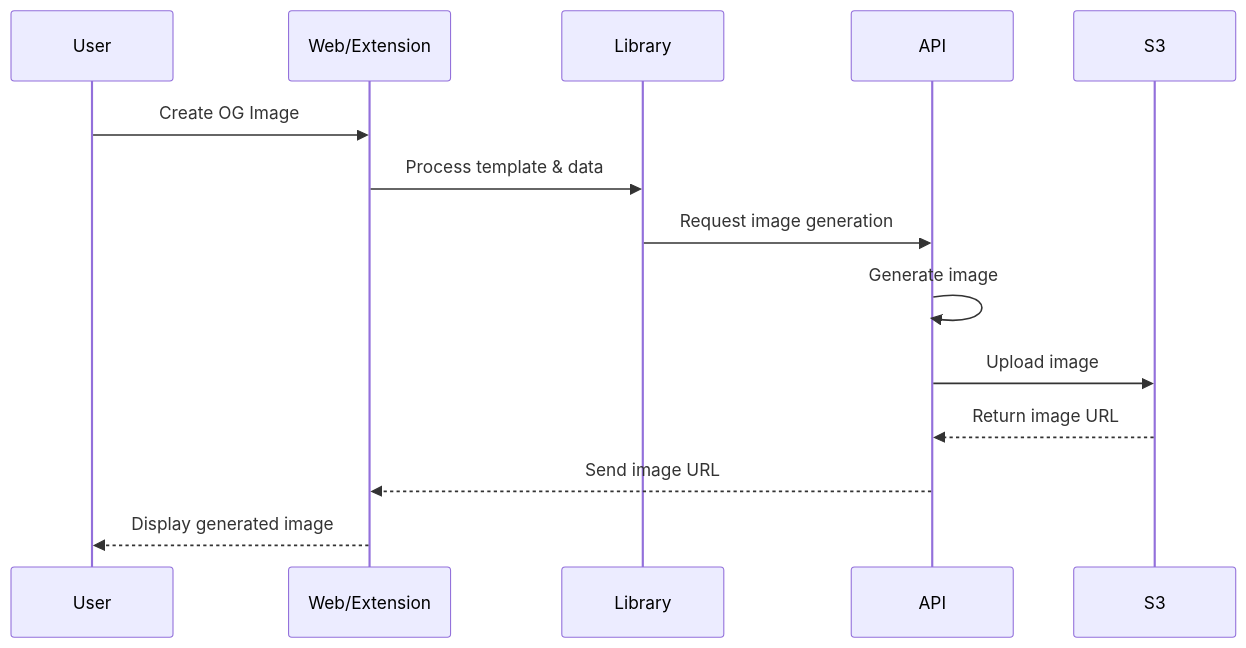
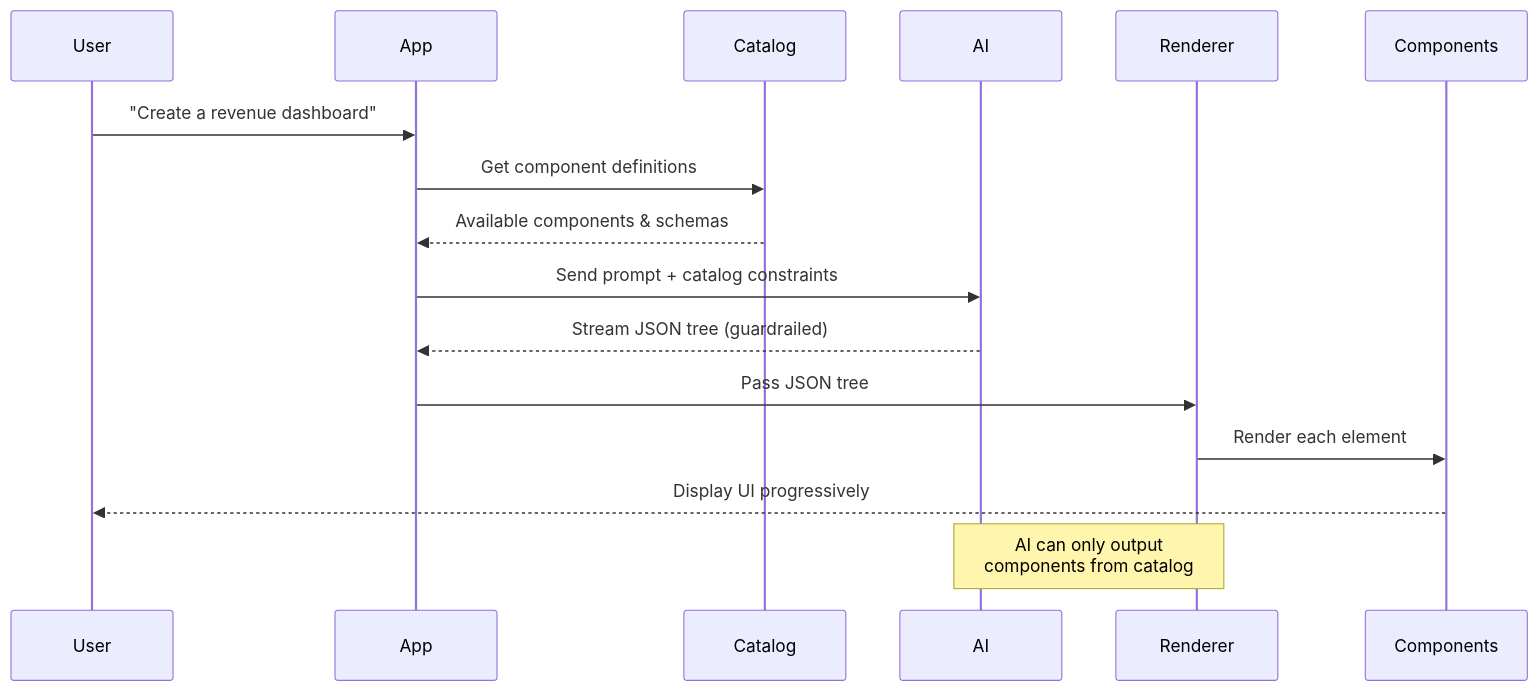
The second of 3 diagrams in docs/project-architecture.md (vignesh69420/json-render), drawn with Mermaid before and after one commit. The commit also changed other lines of this file, not shown here.

Commit message:
no this is json-render projecr not OG repo diagrams are all incorrect...

````diff
--- a/docs/project-architecture.md
+++ b/docs/project-architecture.md
@@ -99,17 +103,20 @@
 ```mermaid
 sequenceDiagram
     participant User
-    participant Web/Extension
-    participant Library
-    participant API
-    participant S3
+    participant App
+    participant Catalog
+    participant AI
+    participant Renderer
+    participant Components
 
-    User->>Web/Extension: Create OG Image
-    Web/Extension->>Library: Process template & data
-    Library->>API: Request image generation
-    API->>API: Generate image
-    API->>S3: Upload image
-    S3-->>API: Return image URL
-    API-->>Web/Extension: Send image URL
-    Web/Extension-->>User: Display generated image
+    User->>App: "Create a revenue dashboard"
+    App->>Catalog: Get component definitions
+    Catalog-->>App: Available components & schemas
+    App->>AI: Send prompt + catalog constraints
+    AI-->>App: Stream JSON tree (guardrailed)
+    App->>Renderer: Pass JSON tree
+    Renderer->>Components: Render each element
+    Components-->>User: Display UI progressively
+
+    Note over AI,Renderer: AI can only output<br/>components from catalog
 ```
````
